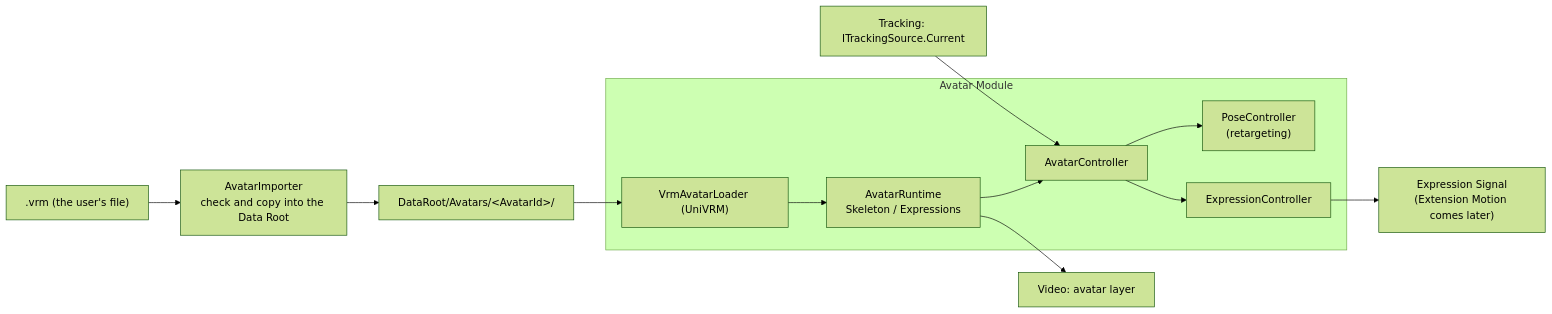
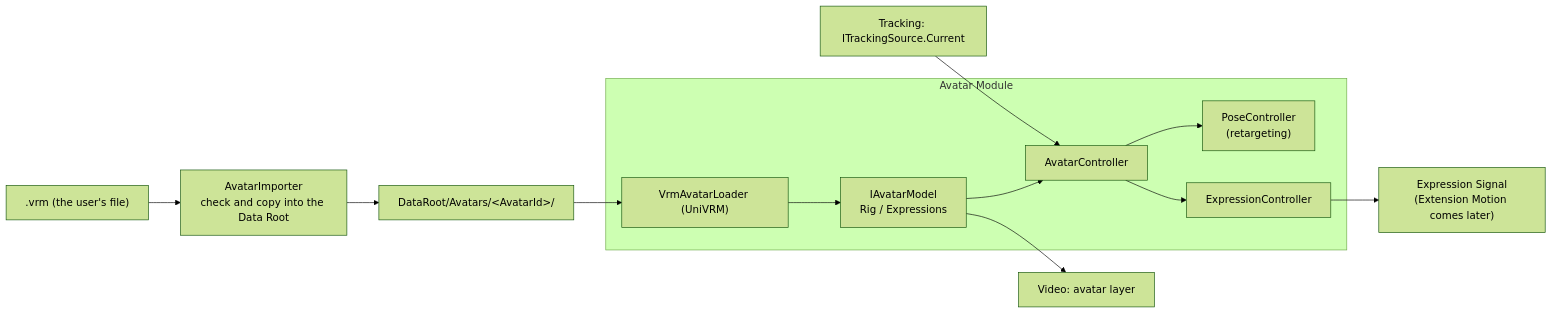
One commit to Yupopyoi/virtual-vessel-studio changed the diagram in docs/en/detailed-design/avatar.md. Above: the diagram before and after it, drawn with Mermaid (forest theme). The commit also changed other lines of this file and 9 other files, not shown here.

````diff
--- a/docs/en/detailed-design/avatar.md
+++ b/docs/en/detailed-design/avatar.md
@@ -32,17 +32,17 @@
 ```mermaid
 flowchart LR
     File[".vrm (the user's file)"] --> Import["AvatarImporter<br/>check and copy into the Data Root"]
     Import --> Store["DataRoot/Avatars/&lt;AvatarId&gt;/"]
     Store --> Loader["VrmAvatarLoader (UniVRM)"]
 
     subgraph Avatar["Avatar Module"]
-        Loader --> Runtime["AvatarRuntime<br/>Skeleton / Expressions"]
+        Loader --> Runtime["IAvatarModel<br/>Rig / Expressions"]
         Runtime --> Ctrl["AvatarController"]
         Ctrl --> Pose["PoseController<br/>(retargeting)"]
         Ctrl --> Expr["ExpressionController"]
     end
 
     Tracking["Tracking: ITrackingSource.Current"] --> Ctrl
     Expr --> Signal["Expression Signal<br/>(Extension Motion comes later)"]
     Runtime --> Layer["Video: avatar layer"]
 ```
````
